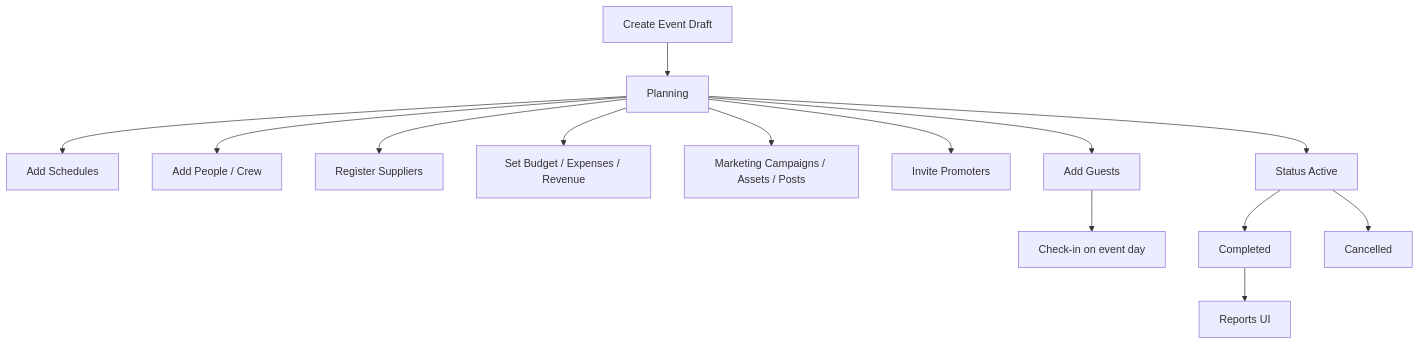
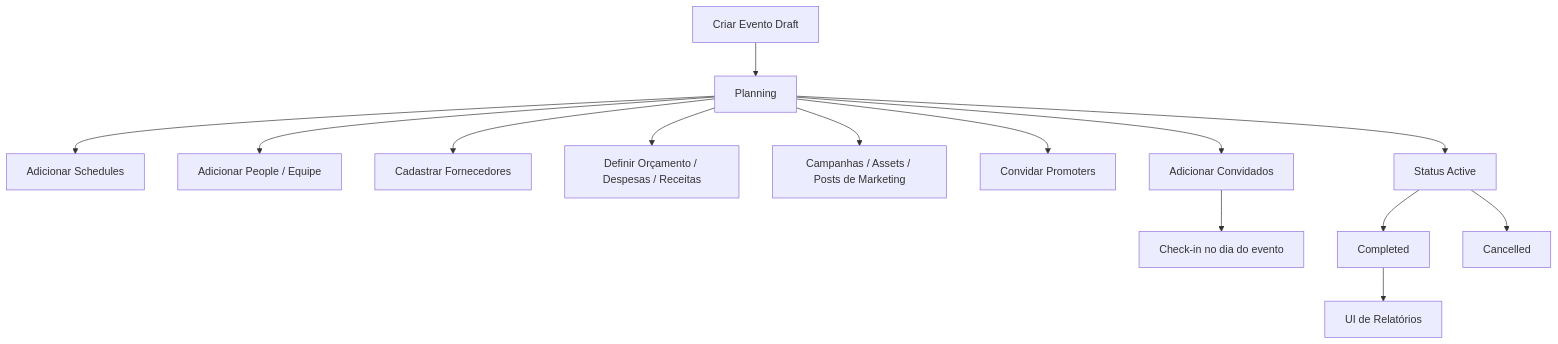
Before and after one commit to alexandredebritojr/Pulse8Front: the second of 6 diagrams in pulse8-frontend/PRODUCT_STRATEGY_ANALYSIS.md, drawn with Mermaid. The commit also changed other lines of this file, not shown here.

````diff
--- a/pulse8-frontend/PRODUCT_STRATEGY_ANALYSIS.md
+++ b/pulse8-frontend/PRODUCT_STRATEGY_ANALYSIS.md
@@ -286,16 +286,16 @@
 ```mermaid
 flowchart TD
-  A[Create Event Draft] --> B[Planning]
-  B --> C[Add Schedules]
-  B --> D[Add People / Crew]
-  B --> E[Register Suppliers]
-  B --> F[Set Budget / Expenses / Revenue]
-  B --> G[Marketing Campaigns / Assets / Posts]
-  B --> H[Invite Promoters]
-  B --> I[Add Guests]
-  I --> J[Check-in on event day]
+  A[Criar Evento Draft] --> B[Planning]
+  B --> C[Adicionar Schedules]
+  B --> D[Adicionar People / Equipe]
+  B --> E[Cadastrar Fornecedores]
+  B --> F[Definir Orçamento / Despesas / Receitas]
+  B --> G[Campanhas / Assets / Posts de Marketing]
+  B --> H[Convidar Promoters]
+  B --> I[Adicionar Convidados]
+  I --> J[Check-in no dia do evento]
   B --> K[Status Active]
   K --> L[Completed]
-  L --> M[Reports UI]
+  L --> M[UI de Relatórios]
   K --> N[Cancelled]
 ```
````
